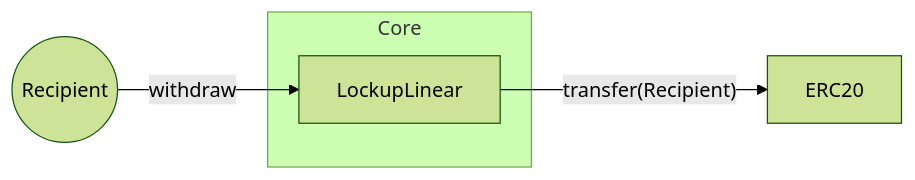
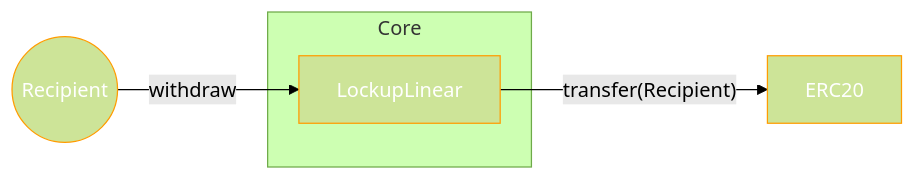
Before and after one commit to sablier-labs/docs: the sixth of 8 diagrams in docs/contracts/v2/reference/02-diagrams.md, drawn with Mermaid (forest theme). The commit also changed other lines of this file, not shown here.

````diff
--- a/docs/contracts/v2/reference/02-diagrams.md
+++ b/docs/contracts/v2/reference/02-diagrams.md
@@ -145,10 +151,12 @@
 ```mermaid
 flowchart LR
+	classDef object stroke:#ff9C00,color:#ffffff;
   E[ERC20]
   subgraph Core
     LL[LockupLinear]
   end
   R((Recipient))
   R -- "withdraw" --> LL
   LL -- "transfer(Recipient)" --> E
+	class E,R,LL object;
 ```
````
